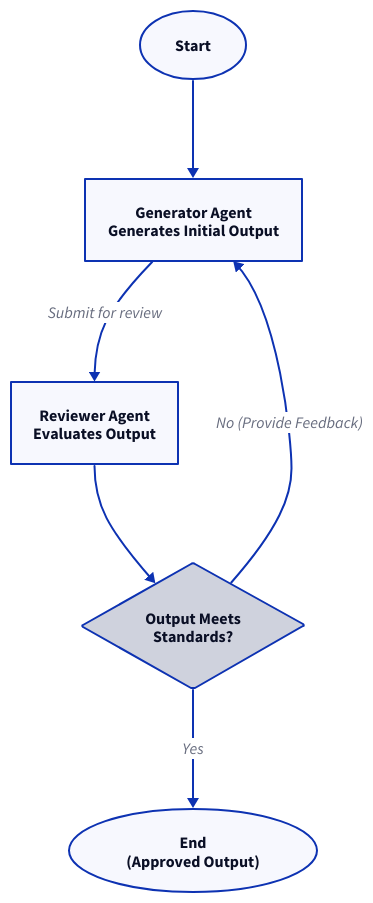
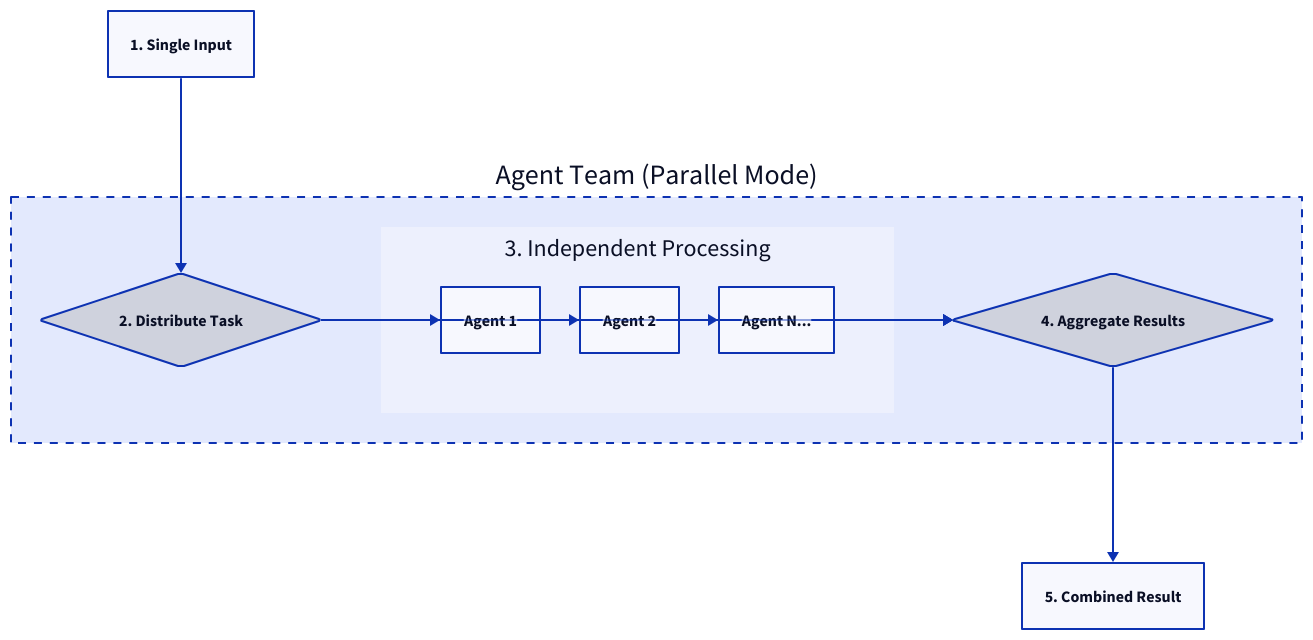
The diagram in .aigne/doc-smith/docs/user-guide-common-workflows-parallel-tasks.md (AIGNE-io/aigne-framework), drawn with D2 before and after one commit. The commit also changed other lines of this file and 191 other files, not shown here.

````diff
--- a/.aigne/doc-smith/docs/user-guide-common-workflows-parallel-tasks.md
+++ b/.aigne/doc-smith/docs/user-guide-common-workflows-parallel-tasks.md
@@ -27,34 +20,57 @@
 ```d2
 direction: down
 
-start: { 
-  label: "Start"
-  shape: oval 
-}
-
-generator: {
-  label: "Generator Agent\nGenerates Initial Output"
+Input: {
+  label: "1. Single Input"
   shape: rectangle
 }
 
-reviewer: {
-  label: "Reviewer Agent\nEvaluates Output"
+Agent-Team: {
+  label: "Agent Team (Parallel Mode)"
+  style.stroke-dash: 4
+
+  Distribution: {
+    label: "2. Distribute Task"
+    shape: diamond
+  }
+
+  Agents: {
+    label: "3. Independent Processing"
+    style.stroke-width: 0
+    grid-columns: 3
+
+    Agent-1: { 
+      label: "Agent 1"
+      shape: rectangle 
+    }
+    Agent-2: { 
+      label: "Agent 2"
+      shape: rectangle 
+    }
+    Agent-N: {
+      label: "Agent N..."
+      shape: rectangle
+    }
+  }
+
+  Aggregation: {
+    label: "4. Aggregate Results"
+    shape: diamond
+  }
+}
+
+Output: {
+  label: "5. Combined Result"
   shape: rectangle
 }
 
-decision: {
-  label: "Output Meets\nStandards?"
-  shape: diamond
-}
+Input -> Agent-Team.Distribution
+Agent-Team.Distribution -> Agent-Team.Agents.Agent-1
+Agent-Team.Distribution -> Agent-Team.Agents.Agent-2
+Agent-Team.Distribution -> Agent-Team.Agents.Agent-N
+Agent-Team.Agents.Agent-1 -> Agent-Team.Aggregation
+Agent-Team.Agents.Agent-2 -> Agent-Team.Aggregation
+Agent-Team.Agents.Agent-N -> Agent-Team.Aggregation
+Agent-Team.Aggregation -> Output
 
-end: {
-  label: "End\n(Approved Output)"
-  shape: oval
-}
-
-start -> generator
-generator -> reviewer: "Submit for review"
-reviewer -> decision
-decision -> end: "Yes"
-decision -> generator: "No (Provide Feedback)"
 ```
````
